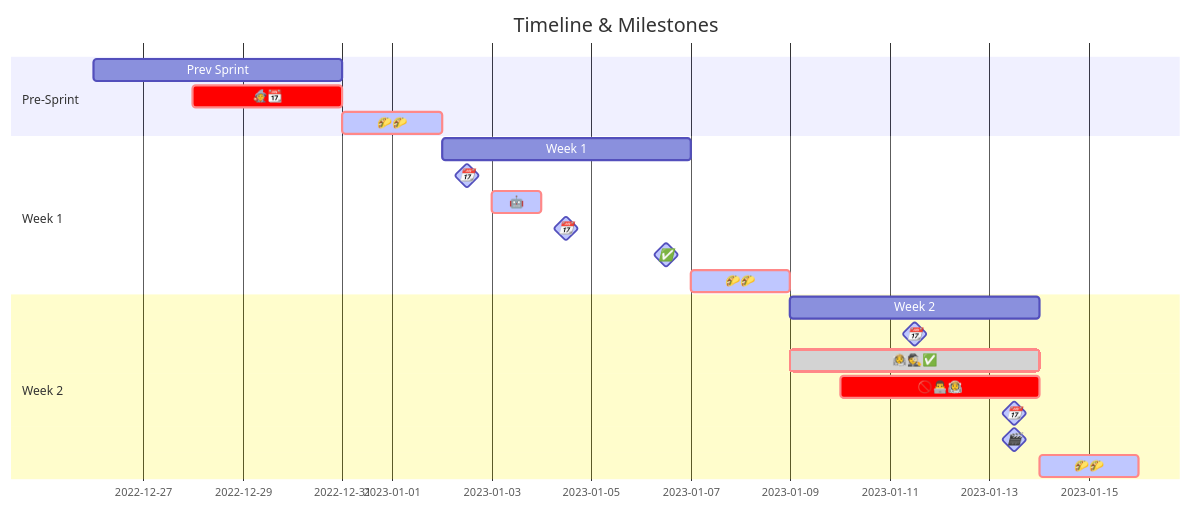
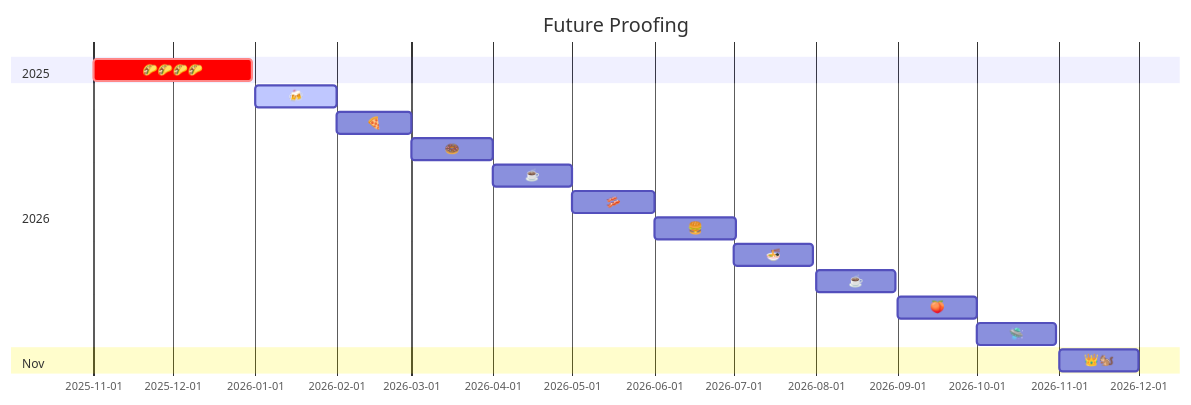
One commit to random-knights/.github changed the first of 5 diagrams in profile/README.md. Above: the diagram before and after it, drawn with Mermaid. The commit also changed other lines of this file and 8 other files, not shown here.

````diff
--- a/profile/README.md
+++ b/profile/README.md
@@ -117,29 +84,32 @@
-``` mermaid
+```mermaid
 gantt
-title Timeline & Milestones
-dateFormat YYYY-MM-DD
+title Future Proofing
+dateFormat YYYY-MM
 
-section Pre-Sprint
-Prev Sprint :  z1, 2022-12-26, 5d
-🧙📆 :crit,  2022-12-28, 3d
-🌮🌮 :crit, active, 2022-12-31, 2d
+section 2025
+🌮🌮🌮🌮 :crit, a1, 2025-11, 60d
 
-section Week 1
-Week 1 :  a1, 2023-01-02, 5d
-📆 :milestone, active, 2023-01-02, 1d
-🤖 :crit, active, 2023-01-03, 1d
-📆 :milestone, active, 2023-01-04, 1d
-✅ :milestone, active, 2023-01-06, 1d
-🌮🌮 :crit, active, after a1, 2d
+section 2026
+🍻 :active, a1, 2026-01, 31d
 
+🍕 :a1, 2026-02, 28d
 
-section Week 2
-Week 2 :  b1, 2023-01-09, 5d
-📆 :milestone, active, 2023-01-11, 1d
-👨‍🚀🕵✅ :crit, done, 2023-01-09, 5d
-🚫👨‍💻👨‍🚀 :crit, 2023-01-10, 4d
-📆 :milestone, active, 2023-01-13, 1d
-🎬 :milestone, active, 2023-01-13, 1d
-🌮🌮 :crit, active, after b1, 2d
+🍩 :a1, 2026-03, 31d
 
+☕ :a1, 2026-04, 30d
+
+🥓 :a1, 2026-05, 31d
+
+🍔 :a1, 2026-06, 31d
+
+🍜 :a1, 2026-07, 30d
+
+☕ :a1, 2026-08, 30d
+
+🍑 :a1, 2026-09, 30d
+
+🛸 :a1, 2026-10, 30d
+
+section Nov
+👑🐿️ :a1, 2026-11, 30d
 ```
````
